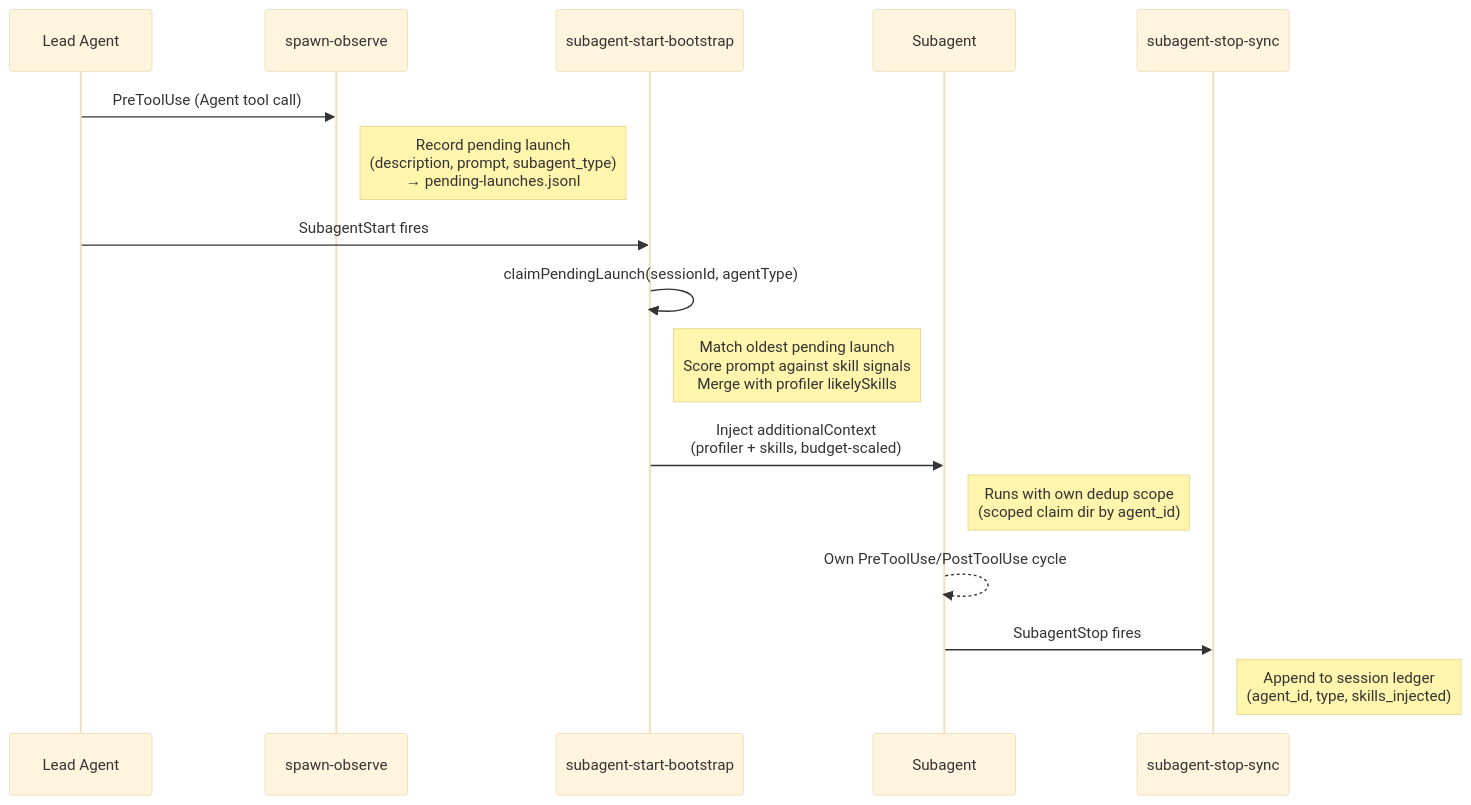
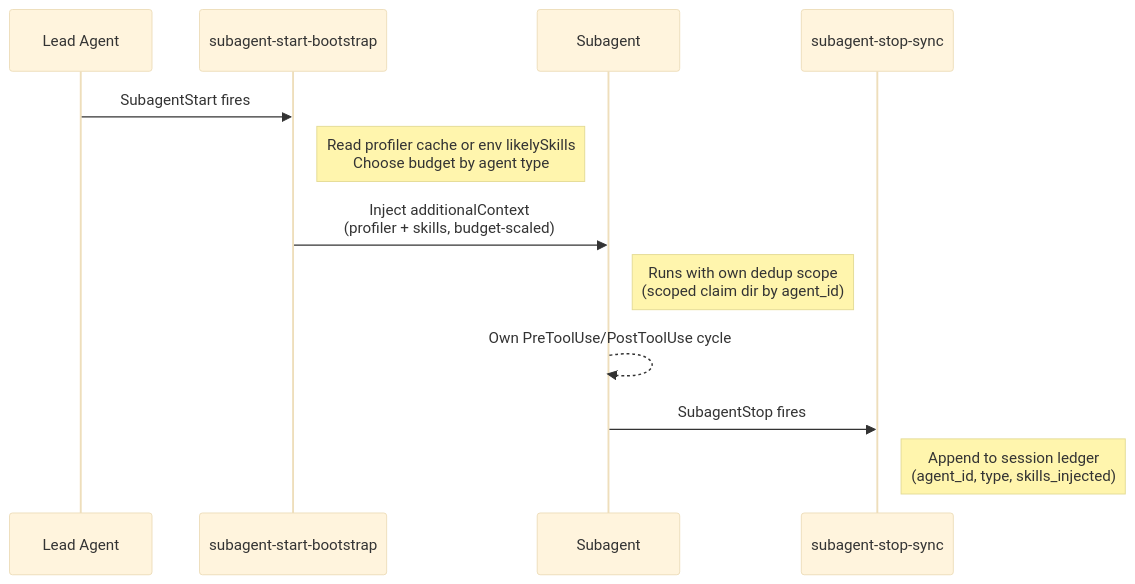
The fourth of 4 diagrams in docs/06-runtime-internals.md (vercel-labs/vercel-plugin), drawn with Mermaid (base theme) before and after one commit. The commit also changed other lines of this file and 21 other files, not shown here.

Commit message:
removing subagent-spawn-observe

````diff
--- a/docs/06-runtime-internals.md
+++ b/docs/06-runtime-internals.md
@@ -946,22 +911,17 @@
 ```mermaid
 sequenceDiagram
     participant Lead as Lead Agent
-    participant Observe as spawn-observe
     participant Bootstrap as subagent-start-bootstrap
     participant Sub as Subagent
     participant Sync as subagent-stop-sync
 
-    Lead->>Observe: PreToolUse (Agent tool call)
-    Note right of Observe: Record pending launch<br/>(description, prompt, subagent_type)<br/>→ pending-launches.jsonl
-
     Lead->>Bootstrap: SubagentStart fires
-    Bootstrap->>Bootstrap: claimPendingLaunch(sessionId, agentType)
-    Note right of Bootstrap: Match oldest pending launch<br/>Score prompt against skill signals<br/>Merge with profiler likelySkills
+    Note right of Bootstrap: Read profiler cache or env likelySkills<br/>Choose budget by agent type
     Bootstrap->>Sub: Inject additionalContext<br/>(profiler + skills, budget-scaled)
     Note right of Sub: Runs with own dedup scope<br/>(scoped claim dir by agent_id)
 
     Sub-->>Sub: Own PreToolUse/PostToolUse cycle
 
     Sub->>Sync: SubagentStop fires
     Note right of Sync: Append to session ledger<br/>(agent_id, type, skills_injected)
 ```
````
